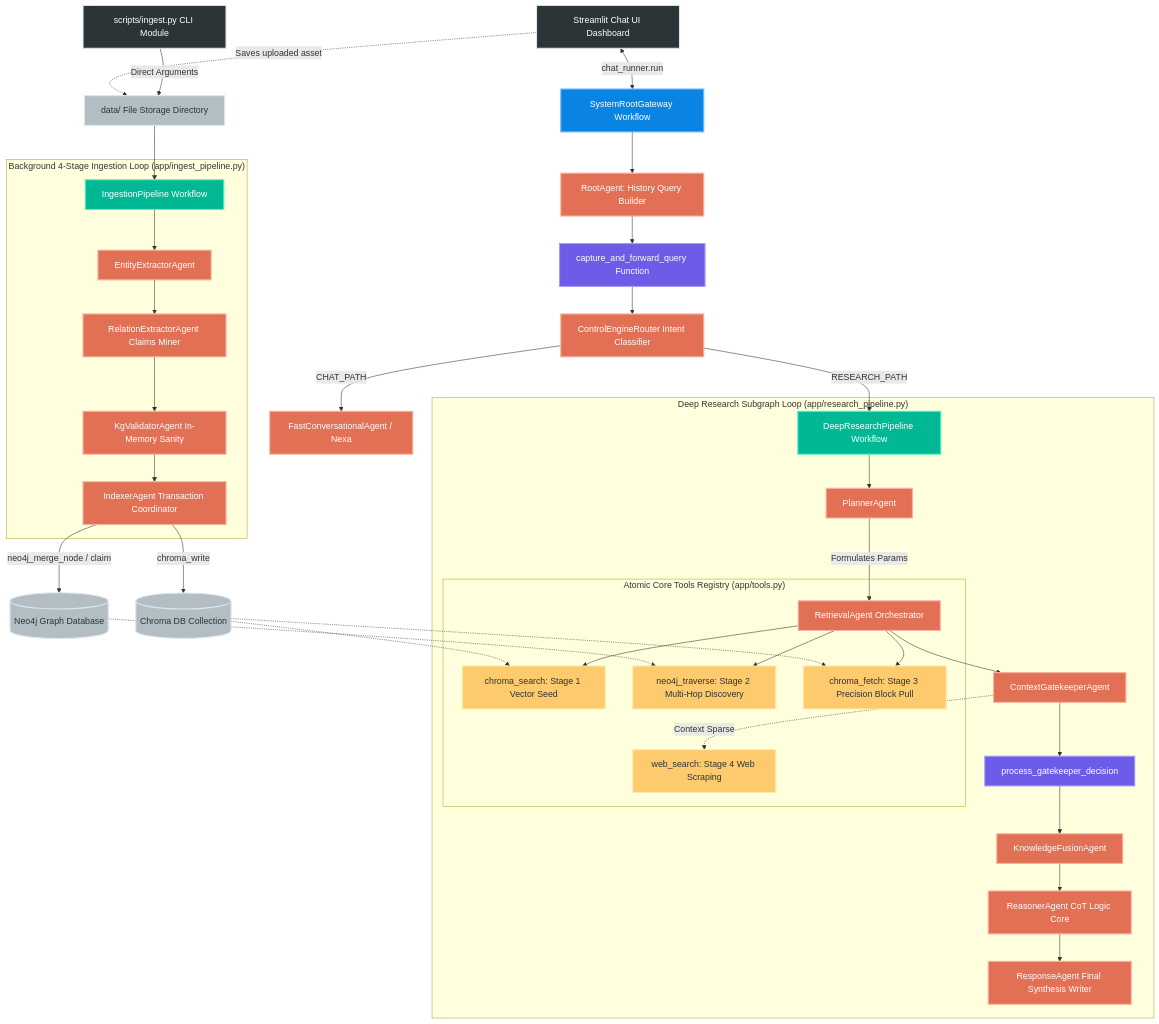
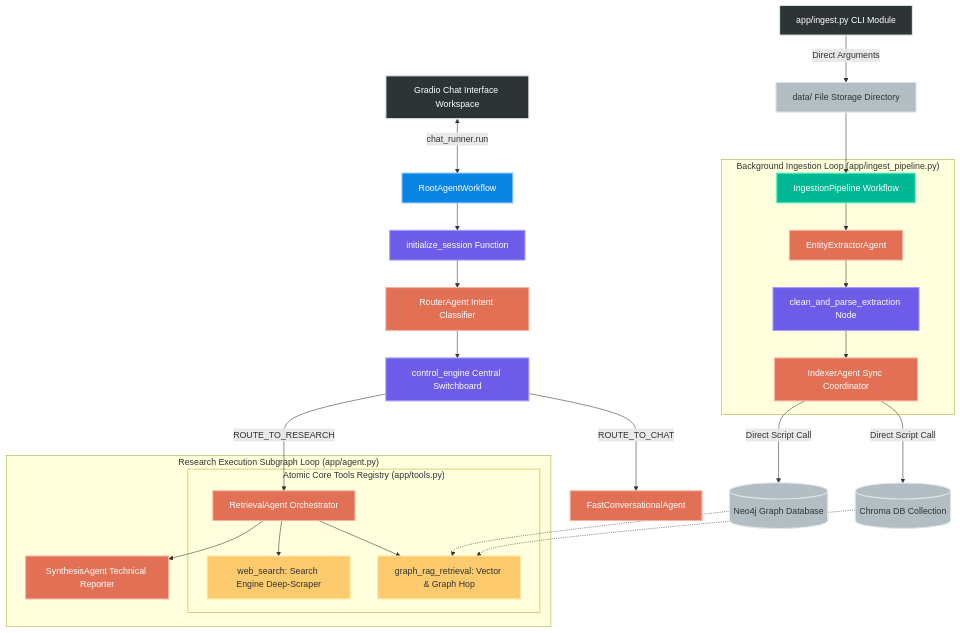
Before and after one commit to ranapratapmajee/nexusmind-adk: the first of 2 diagrams in README.md, drawn with Mermaid. The commit also changed other lines of this file and 17 other files, not shown here.

````diff
--- a/README.md
+++ b/README.md
@@ -39,64 +37,53 @@
 ```mermaid
 graph TD
     %% Component Style Classes
     classDef client fill:#2d3436,stroke:#dfe6e9,stroke-width:2px,color:#fff;
     classDef orchestrator fill:#0984e3,stroke:#74b9ff,stroke-width:2px,color:#fff;
     classDef control fill:#6c5ce7,stroke:#a29bfe,stroke-width:2px,color:#fff;
     classDef workflow fill:#00b894,stroke:#55efc4,stroke-width:2px,color:#fff;
     classDef agent fill:#e17055,stroke:#fab1a0,stroke-width:2px,color:#fff;
     classDef tool fill:#fdcb6e,stroke:#ffeaa7,stroke-width:2px,color:#2d3436;
     classDef storage fill:#b2bec3,stroke:#dfe6e9,stroke-width:2px,color:#2d3436;
 
     %% Presentation Layer
-    UI[Streamlit Chat UI Dashboard]:::client <--> |chat_runner.run| RootGateway[SystemRootGateway Workflow]:::orchestrator
-    CLI[scripts/ingest.py CLI Module]:::client --> |Direct Arguments| DataFolder[data/ File Storage Directory]:::storage
-    UI -.-> |Saves uploaded asset| DataFolder
+    UI[Gradio Chat Interface Workspace]:::client <--> |chat_runner.run| RootGateway[RootAgentWorkflow]:::orchestrator
+    CLI[app/ingest.py CLI Module]:::client --> |Direct Arguments| DataFolder[data/ File Storage Directory]:::storage
 
     %% Gateway Routing Subsystem
-    RootGateway --> RootAgent[RootAgent: History Query Builder]:::agent
-    RootAgent --> Interceptor[capture_and_forward_query Function]:::control
-    Interceptor --> Router[ControlEngineRouter Intent Classifier]:::agent
+    RootGateway --> InitSession[initialize_session Function]:::control
+    InitSession --> Router[RouterAgent Intent Classifier]:::agent
+    Router --> ControlEngine[control_engine Central Switchboard]:::control
     
-    Router --> |CHAT_PATH| FastAgent[FastConversationalAgent / Nexa]:::agent
-    Router --> |RESEARCH_PATH| DeepResearch[DeepResearchPipeline Workflow]:::workflow
+    ControlEngine --> |ROUTE_TO_CHAT| FastAgent[FastConversationalAgent]:::agent
+    ControlEngine --> |ROUTE_TO_RESEARCH| Retrieval[RetrievalAgent Orchestrator]:::agent
 
-    %% Deep Research Interleaved Loop
-    subgraph Deep_Research_Pipeline ["Deep Research Subgraph Loop (app/research_pipeline.py)"]
-        DeepResearch --> Planner[PlannerAgent]:::agent
-        Planner --> |Formulates Params| Retrieval[RetrievalAgent Orchestrator]:::agent
+    %% Research Pipeline Processing
+    subgraph Research_Execution_Pipeline ["Research Execution Subgraph Loop (app/agent.py)"]
         
         %% Atomic Tools
         subgraph Tool_Registry ["Atomic Core Tools Registry (app/tools.py)"]
-            Retrieval --> T1[chroma_search: Stage 1 Vector Seed]:::tool
-            Retrieval --> T2[neo4j_traverse: Stage 2 Multi-Hop Discovery]:::tool
-            Retrieval --> T3[chroma_fetch: Stage 3 Precision Block Pull]:::tool
-            T4[web_search: Stage 4 Web Scraping]:::tool
+            Retrieval --> T1[graph_rag_retrieval: Vector & Graph Hop]:::tool
+            Retrieval --> T2[web_search: Search Engine Deep-Scraper]:::tool
         end
         
-        Retrieval --> Gatekeeper[ContextGatekeeperAgent]:::agent
-        Gatekeeper -.-> |Context Sparse| T4
-        Gatekeeper --> GateInterceptor[process_gatekeeper_decision]:::control
-        
-        GateInterceptor --> Fusion[KnowledgeFusionAgent]:::agent
-        Fusion --> Reasoner[ReasonerAgent CoT Logic Core]:::agent
-        Reasoner --> Responder[ResponseAgent Final Synthesis Writer]:::agent
+        Retrieval --> Synthesis[SynthesisAgent Technical Reporter]:::agent
     end
 
     %% Ingestion Lane Setup
     DataFolder --> IngestWorkflow[IngestionPipeline Workflow]:::workflow
     
-    subgraph Ingestion_Pipeline ["Background 4-Stage Ingestion Loop (app/ingest_pipeline.py)"]
+    subgraph Ingestion_Pipeline ["Background Ingestion Loop (app/ingest_pipeline.py)"]
         IngestWorkflow --> EntityExt[EntityExtractorAgent]:::agent
-        EntityExt --> RelExt[RelationExtractorAgent Claims Miner]:::agent
-        RelExt --> KGVal[KgValidatorAgent In-Memory Sanity]:::agent
-        KGVal --> Indexer[IndexerAgent Transaction Coordinator]:::agent
+        EntityExt --> CleanParse[clean_and_parse_extraction Node]:::control
+        CleanParse --> Indexer[IndexerAgent Sync Coordinator]:::agent
     end
 
     %% Storage Hooks
-    Indexer --> |chroma_write| ChromaStore[(Chroma DB Collection)]:::storage
-    Indexer --> |neo4j_merge_node / claim| Neo4jStore[(Neo4j Graph Database)]:::storage
+    Indexer --> |Direct Script Call| ChromaStore[(Chroma DB Collection)]:::storage
+    Indexer --> |Direct Script Call| Neo4jStore[(Neo4j Graph Database)]:::storage
     
-    ChromaStore -.-> T1 & T3
-    Neo4jStore -.-> T2
+    ChromaStore -.-> T1
+    Neo4jStore -.-> T1
+
 
 ```
````
